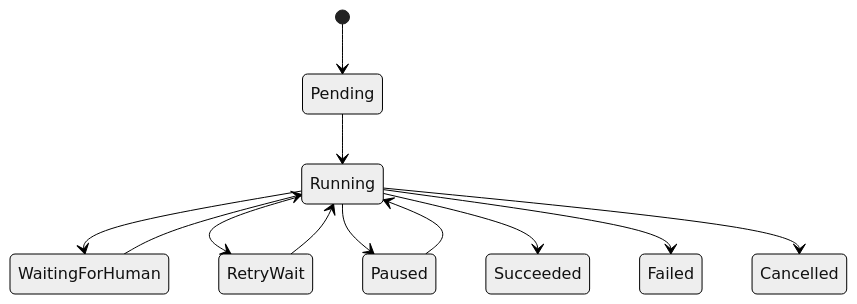
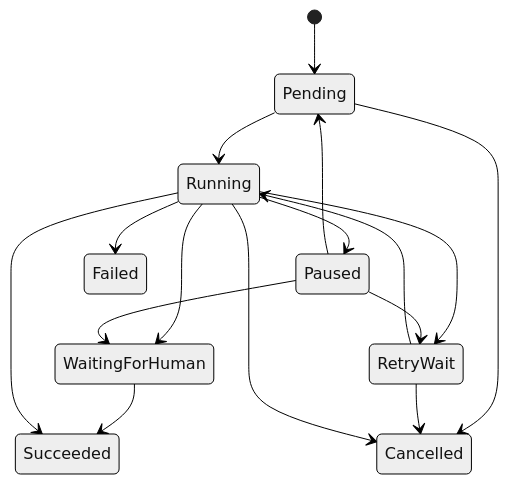
The first of 4 diagrams in docs/architecture/workflow-engine.md (CodeZen-Lizhi/zhixu), drawn with Mermaid (neutral theme) before and after one commit. The commit also changed other lines of this file and 31 other files, not shown here.

````diff
--- a/docs/architecture/workflow-engine.md
+++ b/docs/architecture/workflow-engine.md
@@ -40,14 +40,18 @@
 ```mermaid
 stateDiagram-v2
     [*] --> Pending
     Pending --> Running
     Running --> WaitingForHuman
-    WaitingForHuman --> Running
+    WaitingForHuman --> Succeeded
     Running --> RetryWait
     RetryWait --> Running
     Running --> Paused
-    Paused --> Running
+    Paused --> Pending
+    Paused --> RetryWait
+    Paused --> WaitingForHuman
+    Pending --> Cancelled
+    RetryWait --> Cancelled
     Running --> Succeeded
     Running --> Failed
     Running --> Cancelled
 ```
````
